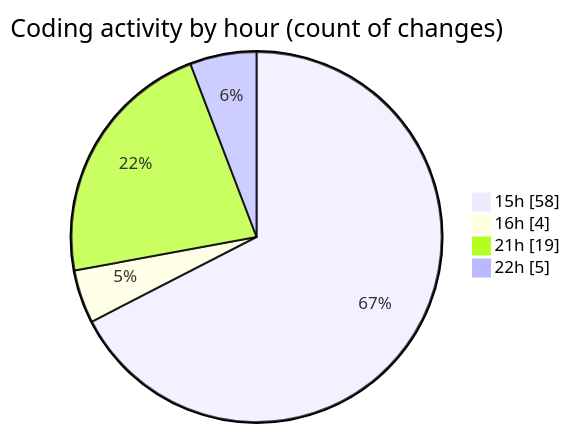
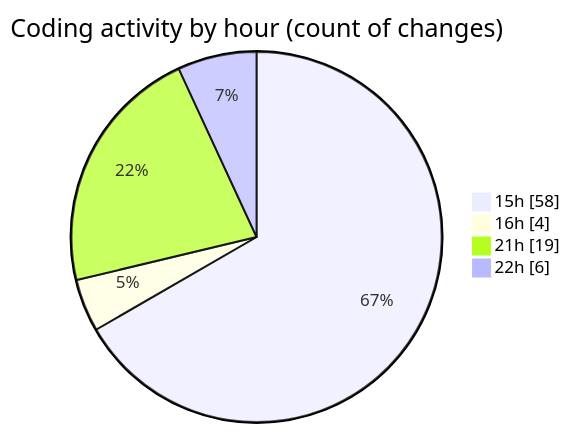
Before and after one commit to momahboobian/code-tracking: the second of 2 diagrams in 2026-01-22/cda-web-components/README.md, drawn with Mermaid. The commit also changed other lines of this file and 1 other file, not shown here.

````diff
--- a/2026-01-22/cda-web-components/README.md
+++ b/2026-01-22/cda-web-components/README.md
@@ -71,8 +71,8 @@
 ```mermaid
 pie showData
 title Coding activity by hour (count of changes)
 "15h" : 58
 "16h" : 4
 "21h" : 19
-"22h" : 5
+"22h" : 6
 ```
````
